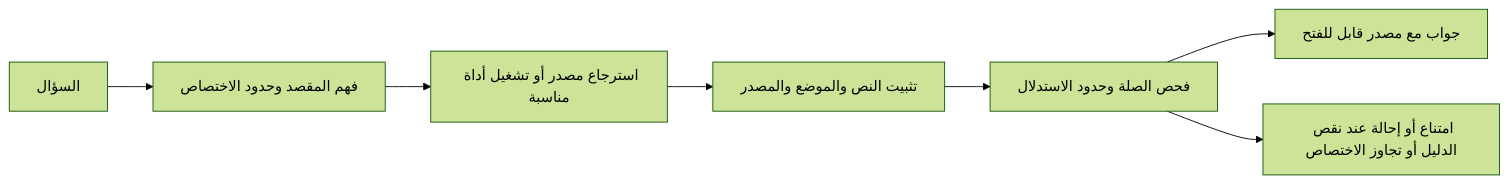
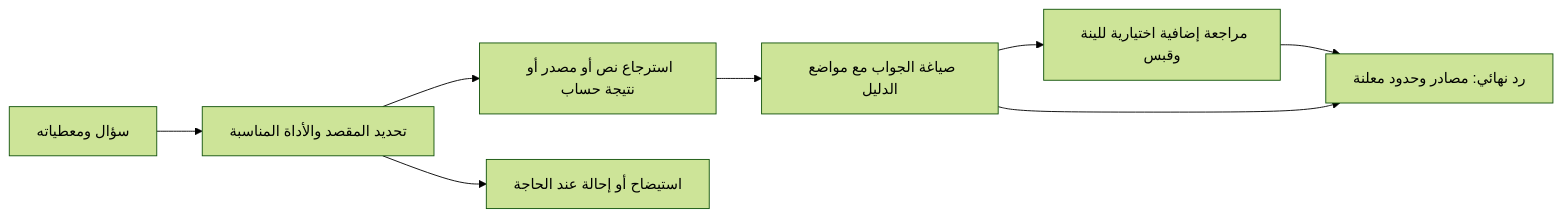
Before and after one commit to Salsabeel-AI/islamicaich: the second of 3 diagrams in architecture/README.md, drawn with Mermaid (forest theme). The commit also changed other lines of this file and 146 other files, not shown here.

````diff
--- a/architecture/README.md
+++ b/architecture/README.md
@@ -25,9 +30,10 @@
 ```mermaid
 flowchart LR
-  Q[السؤال] --> I[فهم المقصد وحدود الاختصاص]
-  I --> R[استرجاع مصدر أو تشغيل أداة مناسبة]
-  R --> T[تثبيت النص والموضع والمصدر]
-  T --> C[فحص الصلة وحدود الاستدلال]
-  C --> A[جواب مع مصدر قابل للفتح]
-  C --> N[امتناع أو إحالة عند نقص الدليل أو تجاوز الاختصاص]
+  Q[سؤال ومعطياته] --> I[تحديد المقصد والأداة المناسبة]
+  I --> R[استرجاع نص أو مصدر أو نتيجة حساب]
+  R --> A[صياغة الجواب مع مواضع الدليل]
+  A --> C[مراجعة إضافية اختيارية للينة وقبس]
+  C --> F[رد نهائي: مصادر وحدود معلنة]
+  A --> F
+  I --> N[استيضاح أو إحالة عند الحاجة]
 ```
````
